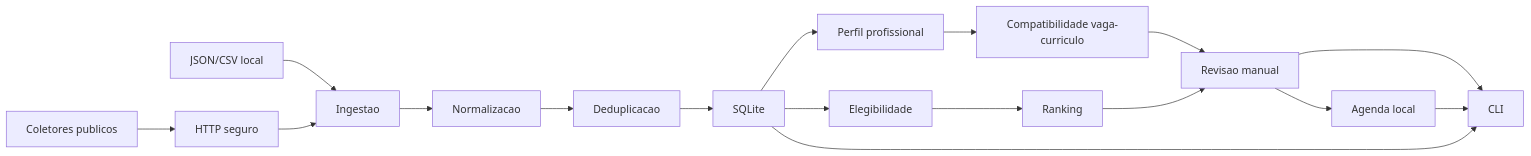
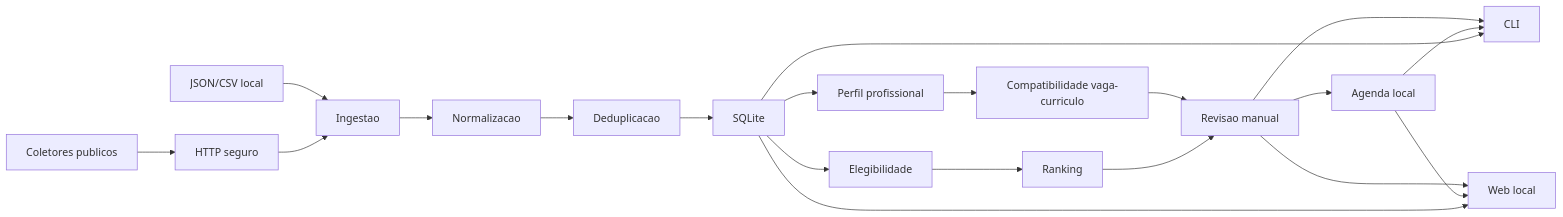
One commit to Islayder/JobSearch changed the diagram in docs/architecture.md. Above: the diagram before and after it, drawn with Mermaid. The commit also changed other lines of this file and 49 other files, not shown here.

Commit message:
feat: add local web interface

````diff
--- a/docs/architecture.md
+++ b/docs/architecture.md
@@ -25,19 +27,22 @@
 ```mermaid
 flowchart LR
     L["JSON/CSV local"] --> C["Ingestao"]
     B["Coletores publicos"] --> H["HTTP seguro"]
     H --> C
     C --> D["Normalizacao"]
     D --> E["Deduplicacao"]
     E --> F["SQLite"]
     F --> G["Elegibilidade"]
     G --> R["Ranking"]
     F --> P["Perfil profissional"]
     P --> X["Compatibilidade vaga-curriculo"]
     X --> V["Revisao manual"]
     R --> V
     V --> A["Agenda local"]
     V --> I["CLI"]
+    V --> W["Web local"]
     A --> I
+    A --> W
     F --> I
+    F --> W
 ```
````
